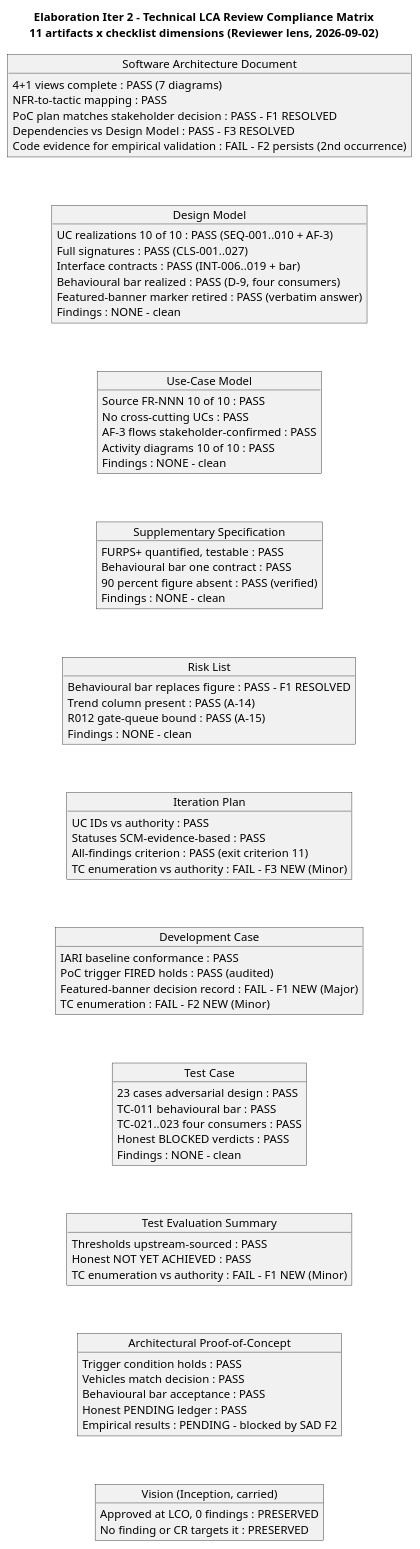
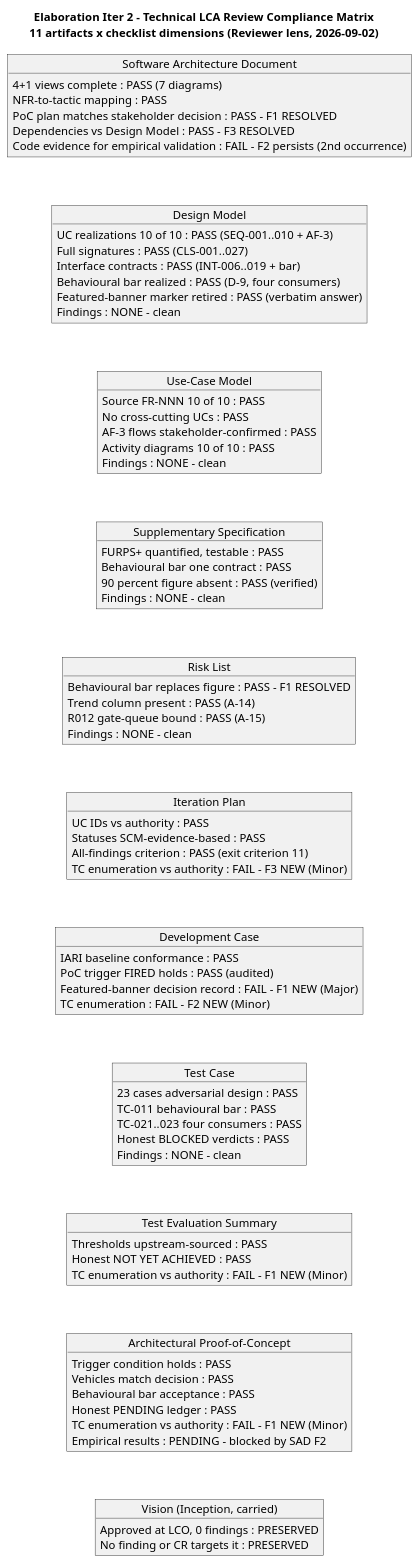
One commit to banense-test/employee-portal changed diagram 13 of 19 in docs/artifacts/project-management/review-record.md. Above: the diagram before and after it, drawn with PlantUML. The commit also changed other lines of this file, not shown here.

```diff
--- a/docs/artifacts/project-management/review-record.md
+++ b/docs/artifacts/project-management/review-record.md
@@ -925,6 +926,7 @@
   Vehicles match decision : PASS
   Behavioural bar acceptance : PASS
   Honest PENDING ledger : PASS
+  TC enumeration vs authority : FAIL - F1 NEW (Minor)
   Empirical results : PENDING - blocked by SAD F2
 }
 object "Vision (Inception, carried)" as VIS {
```
